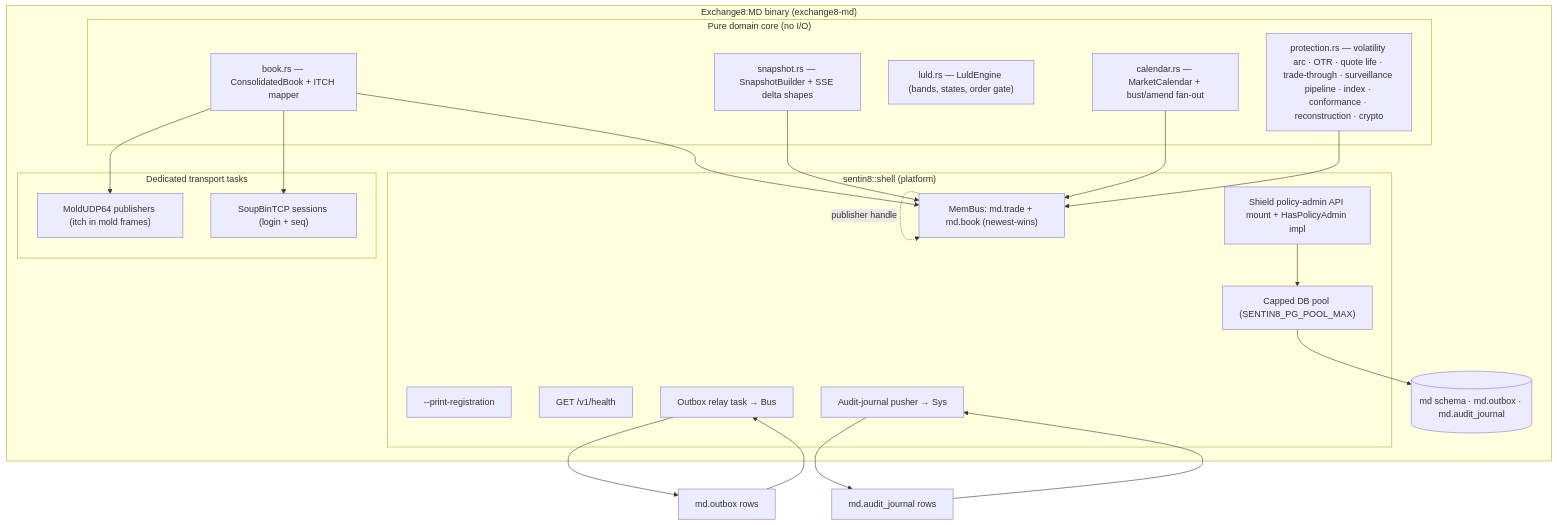
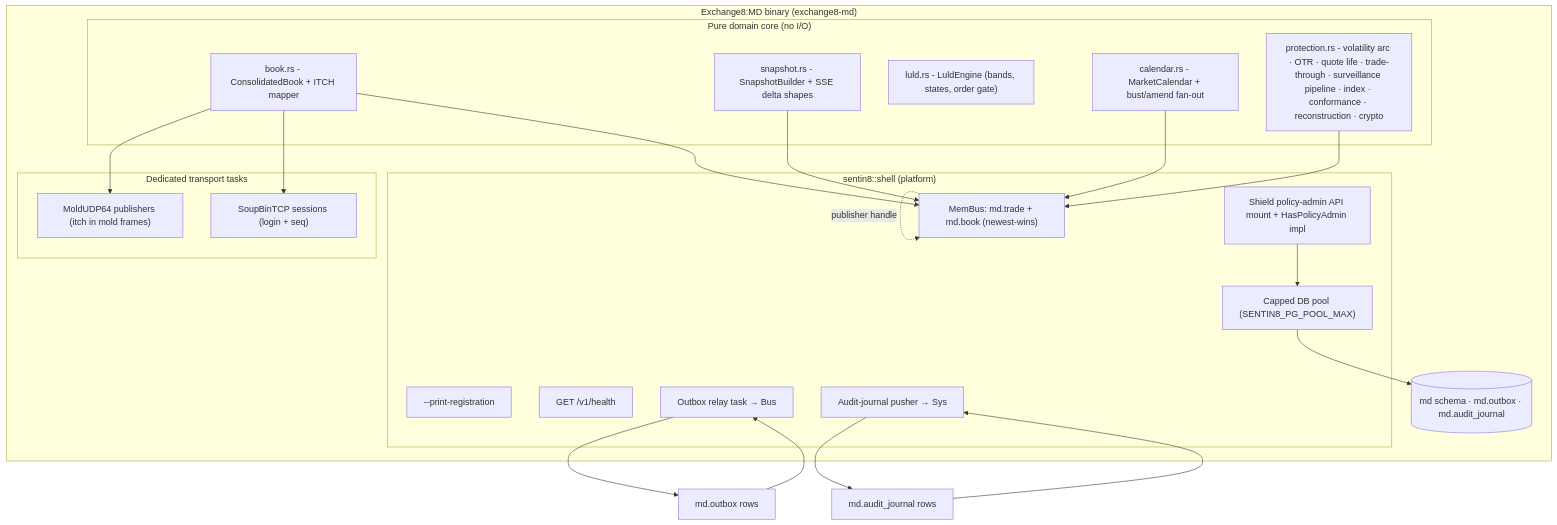
Before and after one commit to Exchange8-dev/exchange8-md: the second of 17 diagrams in DESIGN.md, drawn with Mermaid. The commit also changed other lines of this file and 17 other files, not shown here.

````diff
--- a/DESIGN.md
+++ b/DESIGN.md
@@ -86,41 +86,41 @@
 ```mermaid
 graph TD
     subgraph Container["Exchange8:MD binary (exchange8-md)"]
         subgraph Pure["Pure domain core (no I/O)"]
-            BOOKC["book.rs — ConsolidatedBook + ITCH mapper"]
-            CAL["calendar.rs — MarketCalendar + bust/amend fan-out"]
-            LULDC["luld.rs — LuldEngine (bands, states, order gate)"]
-            SNAPC["snapshot.rs — SnapshotBuilder + SSE delta shapes"]
-            PROTC["protection.rs — volatility arc · OTR · quote life · trade-through · surveillance pipeline · index · conformance · reconstruction · crypto"]
+            BOOKC["book.rs - ConsolidatedBook + ITCH mapper"]
+            CAL["calendar.rs - MarketCalendar + bust/amend fan-out"]
+            LULDC["luld.rs - LuldEngine (bands, states, order gate)"]
+            SNAPC["snapshot.rs - SnapshotBuilder + SSE delta shapes"]
+            PROTC["protection.rs - volatility arc · OTR · quote life · trade-through · surveillance pipeline · index · conformance · reconstruction · crypto"]
         end
         subgraph ShellLayer["sentin8::shell (platform)"]
             REG["--print-registration"]
             POOL["Capped DB pool (SENTIN8_PG_POOL_MAX)"]
             HEALTH["GET /v1/health"]
             ADMINM["Shield policy-admin API mount + HasPolicyAdmin impl"]
             RELAY["Outbox relay task → Bus"]
             AUDITP["Audit-journal pusher → Sys"]
             MEMB["MemBus ServiceBus handle"]
         end
         subgraph Transports["Dedicated transport tasks"]
             MOLDP["MoldUDP64 publishers (itch in mold frames)"]
             SOUPT["SoupBinTCP sessions (login + seq)"]
         end
         DBT[("md schema · md.outbox · md.audit_journal")]
     end
 
     BOOKC --> MEMB
     SNAPC --> MEMB
     CAL --> MEMB
     PROTC --> MEMB
     BOOKC --> MOLDP
     BOOKC --> SOUPT
     MEMB -.->|"publisher handle"| MEMB
     MEMB["MemBus: md.trade + md.book (newest-wins)"]
     POOL --> DBT
     RELAY --> OUTB["md.outbox rows"]
     AUDITP --> JRN["md.audit_journal rows"]
     OUTB --> RELAY
     JRN --> AUDITP
     ADMINM --> POOL
 ```
````
